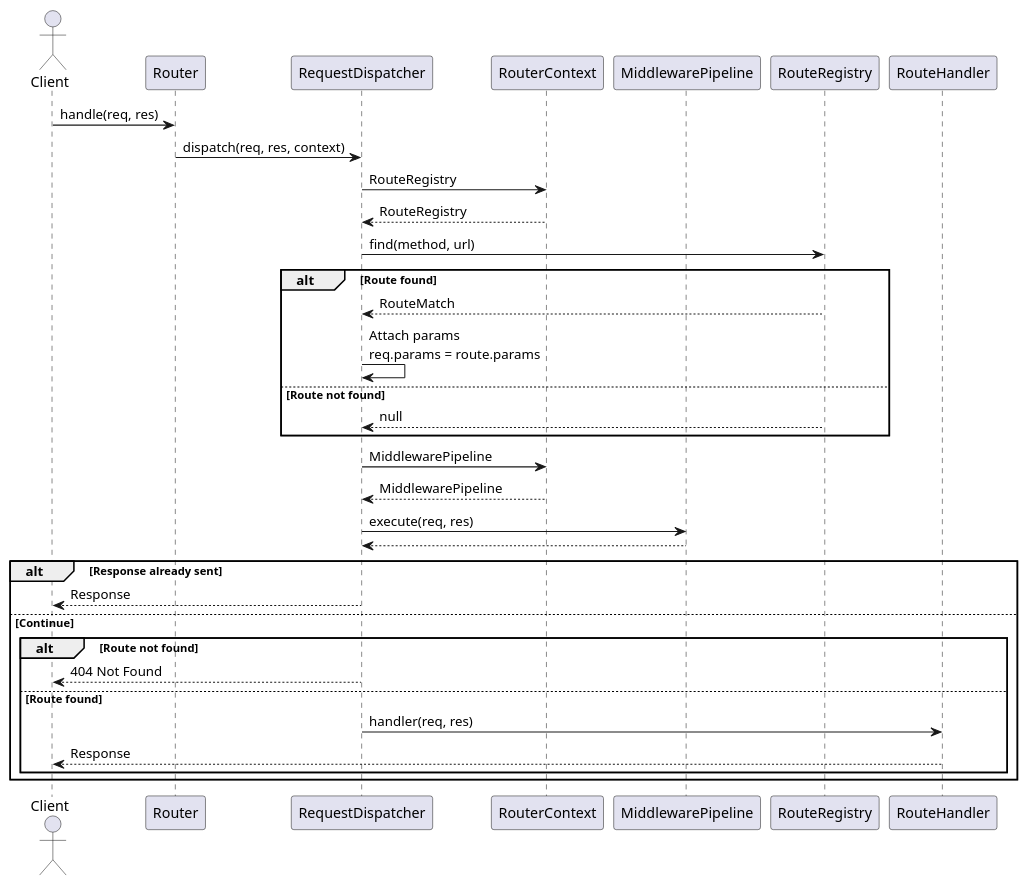
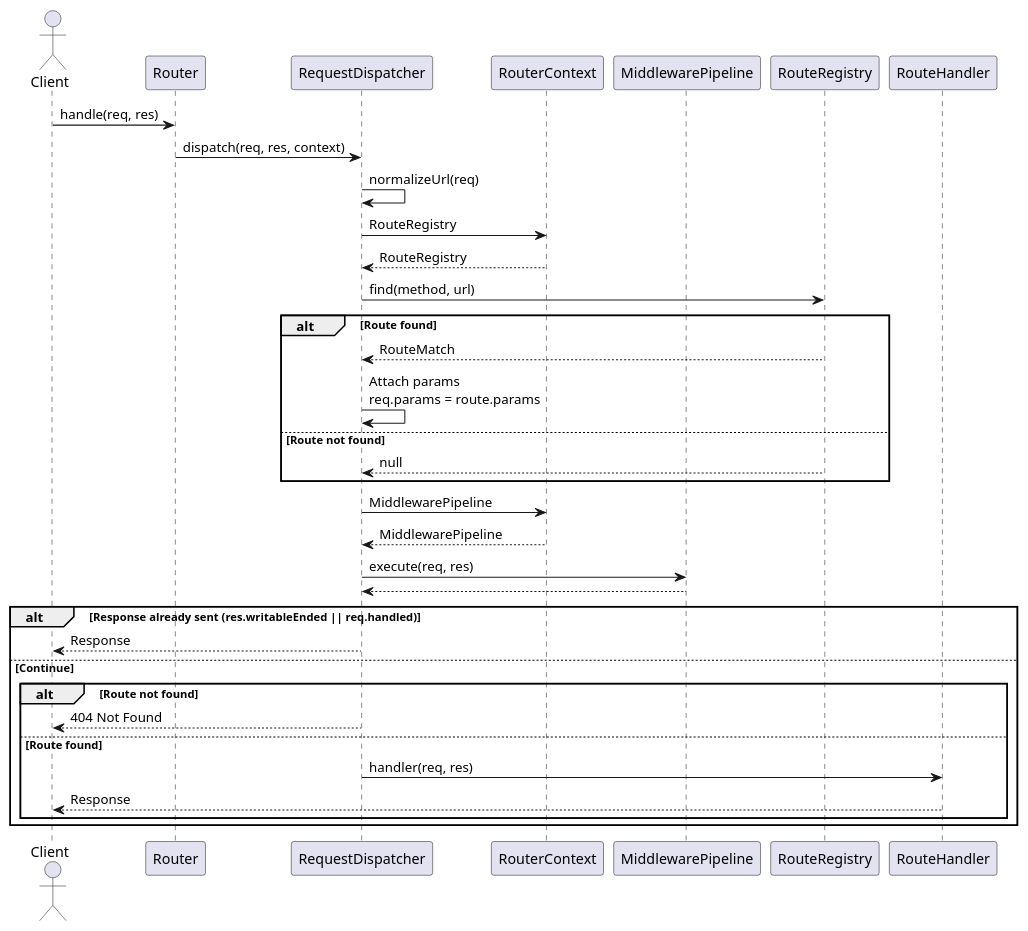
The diagram in docs/sequence diagrams/overview-sequence.puml (Ali-Wael-Hassan/duck-node-router), drawn with PlantUML before and after one commit. The commit also changed 15 other files, not shown here.

Commit message:
Implemented: static file pipeline middleware (resolve, cache, stream, compress, send), StaticServer, req.handled dispatch support, req.path normalization. Updated: README, class diagram, and sequence diagrams. Fixed: MiddlewarePipeline error-middleware infinite recursion, src/server/inedx.js typo

```diff
--- a/docs/sequence diagrams/overview-sequence.puml
+++ b/docs/sequence diagrams/overview-sequence.puml
@@ -1,44 +1,46 @@
 @startuml High-level Overview
 
 actor Client
 
 participant Router
 participant RequestDispatcher
 participant RouterContext
 participant MiddlewarePipeline
 participant RouteRegistry
 participant RouteHandler
 
 Client -> Router : handle(req, res)
 
 Router -> RequestDispatcher : dispatch(req, res, context)
+
+RequestDispatcher -> RequestDispatcher : normalizeUrl(req)
 
 RequestDispatcher -> RouterContext : RouteRegistry
 RouterContext --> RequestDispatcher : RouteRegistry
 
 RequestDispatcher -> RouteRegistry : find(method, url)
 alt Route found
     RouteRegistry --> RequestDispatcher : RouteMatch
     RequestDispatcher -> RequestDispatcher : Attach params\nreq.params = route.params
 else Route not found
     RouteRegistry --> RequestDispatcher : null
 end
 
 RequestDispatcher -> RouterContext : MiddlewarePipeline
 RouterContext --> RequestDispatcher : MiddlewarePipeline
 
 RequestDispatcher -> MiddlewarePipeline : execute(req, res)
 MiddlewarePipeline --> RequestDispatcher
 
-alt Response already sent
+alt Response already sent (res.writableEnded || req.handled)
     RequestDispatcher --> Client : Response
 else Continue
     alt Route not found
         RequestDispatcher --> Client : 404 Not Found
     else Route found
         RequestDispatcher -> RouteHandler : handler(req, res)
         RouteHandler --> Client : Response
     end
 end
 
 @enduml
```
